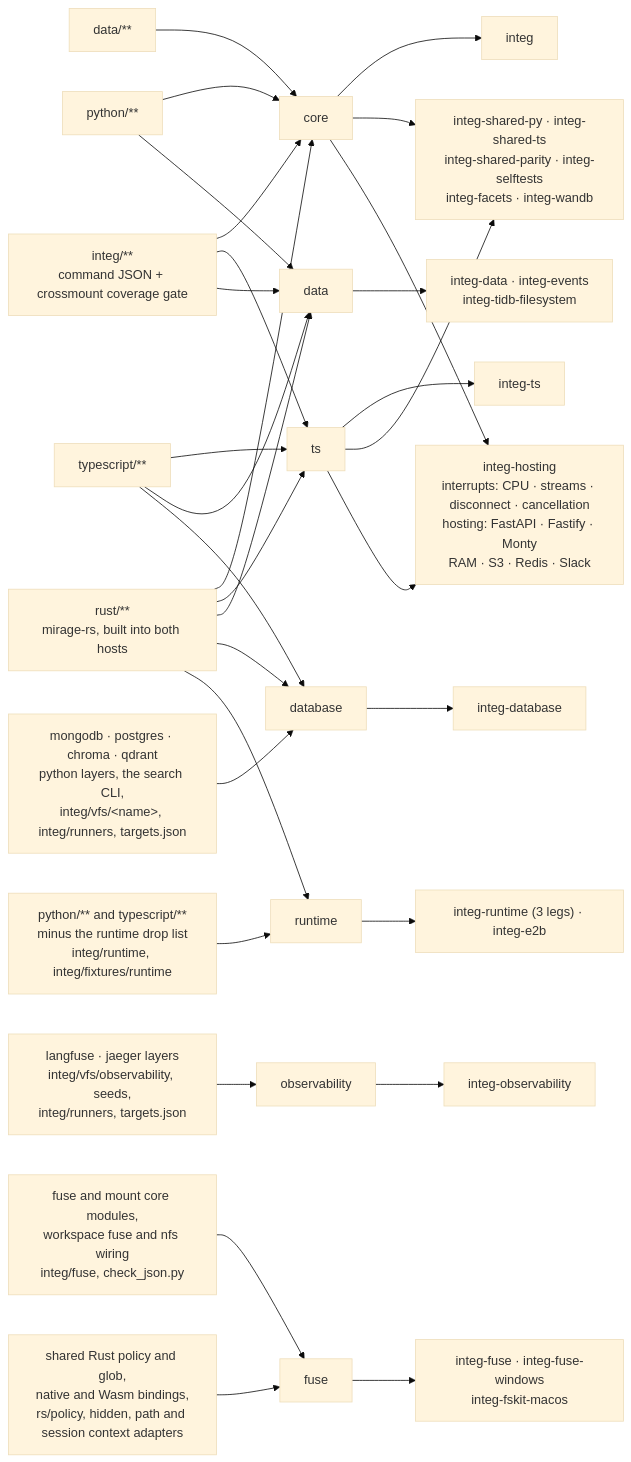
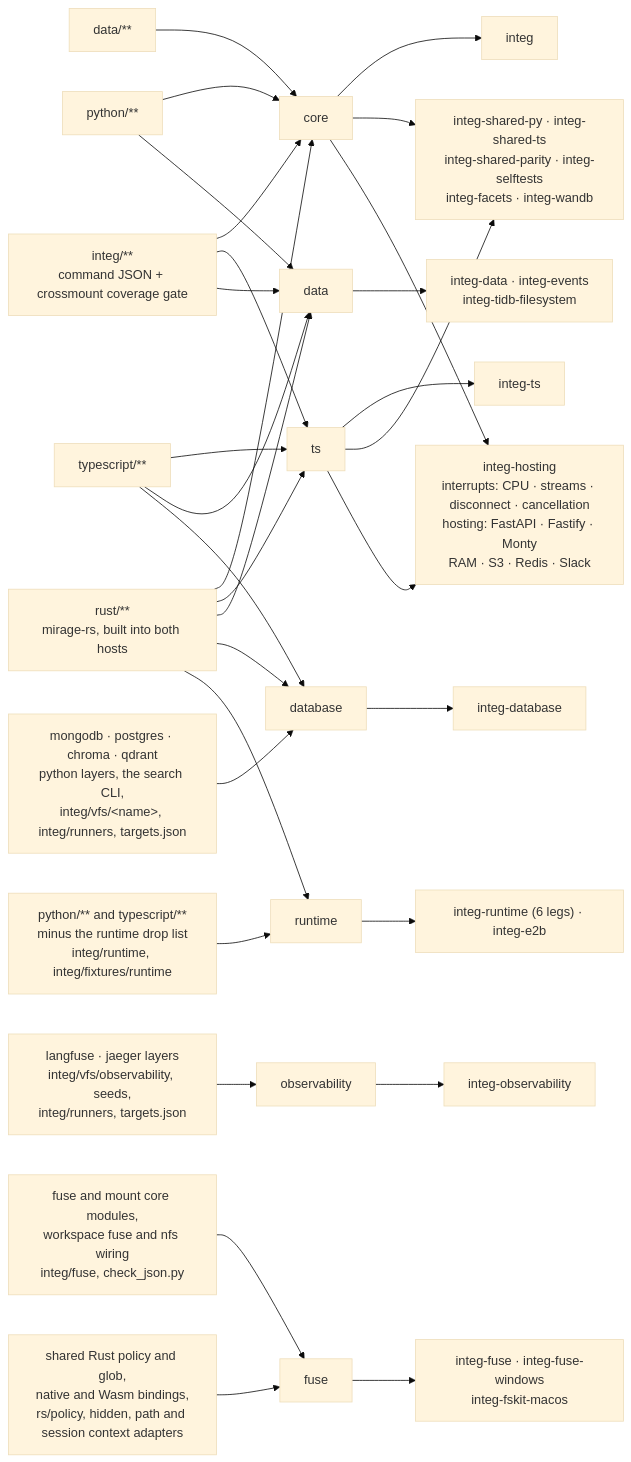
Before and after one commit to strukto-ai/mirage: the diagram in integ/README.md, drawn with Mermaid (base theme). The commit also changed 1 other file, not shown here.

Commit message:
ci(integ): split the runtime suites over six legs
Every file-API case now runs on eight backends, and each Pyodide run
starts a fresh interpreter, so the JSON drivers outgrew three legs. A
leg may now name one suite as well as a folder; path splits in two.

````diff
--- a/integ/README.md
+++ b/integ/README.md
@@ -236,22 +236,22 @@
 ```mermaid
 flowchart LR
     PY["python/**"] --> core & data
     TSX["typescript/**"] --> ts & data & database
     IN["integ/**<br/>command JSON + crossmount coverage gate"] --> core & ts & data
     D["data/**"] --> core
     RS["rust/**<br/>mirage-rs, built into both hosts"] --> core & ts & data & database & runtime
     DB["mongodb · postgres · chroma · qdrant<br/>python layers, the search CLI,<br/>integ/vfs/&lt;name&gt;, integ/runners, targets.json"] --> database
     OB["langfuse · jaeger layers<br/>integ/vfs/observability, seeds,<br/>integ/runners, targets.json"] --> observability
     FS["fuse and mount core modules,<br/>workspace fuse and nfs wiring<br/>integ/fuse, check_json.py"] --> fuse
     FP["shared Rust policy and glob,<br/>native and Wasm bindings,<br/>rs/policy, hidden, path and session context adapters"] --> fuse
     RT["python/** and typescript/**<br/>minus the runtime drop list<br/>integ/runtime, integ/fixtures/runtime"] --> runtime
     core --> J1["integ"]
     ts --> J2["integ-ts"]
     core & ts --> J3["integ-shared-py · integ-shared-ts<br/>integ-shared-parity · integ-selftests<br/>integ-facets · integ-wandb"]
     core & ts --> HOST["integ-hosting<br/>interrupts: CPU · streams · disconnect · cancellation<br/>hosting: FastAPI · Fastify · Monty<br/>RAM · S3 · Redis · Slack"]
     data --> J4["integ-data · integ-events<br/>integ-tidb-filesystem"]
     database --> J5["integ-database"]
     observability --> J6["integ-observability"]
     fuse --> J7["integ-fuse · integ-fuse-windows<br/>integ-fskit-macos"]
-    runtime --> J8["integ-runtime (3 legs) · integ-e2b"]
+    runtime --> J8["integ-runtime (6 legs) · integ-e2b"]
 ```
````
